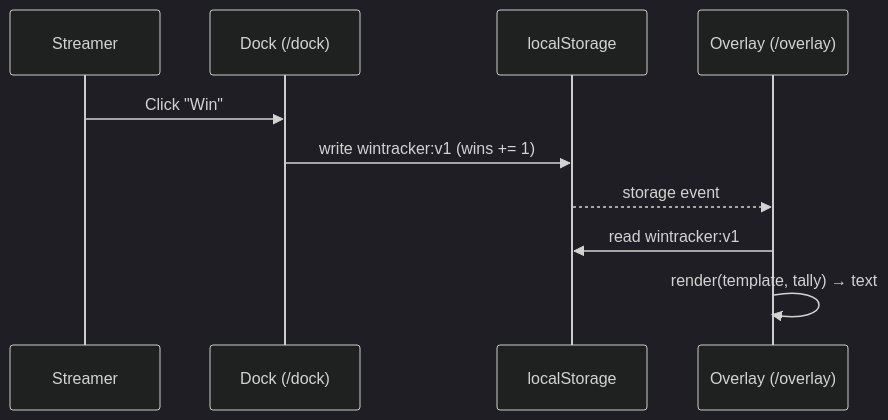
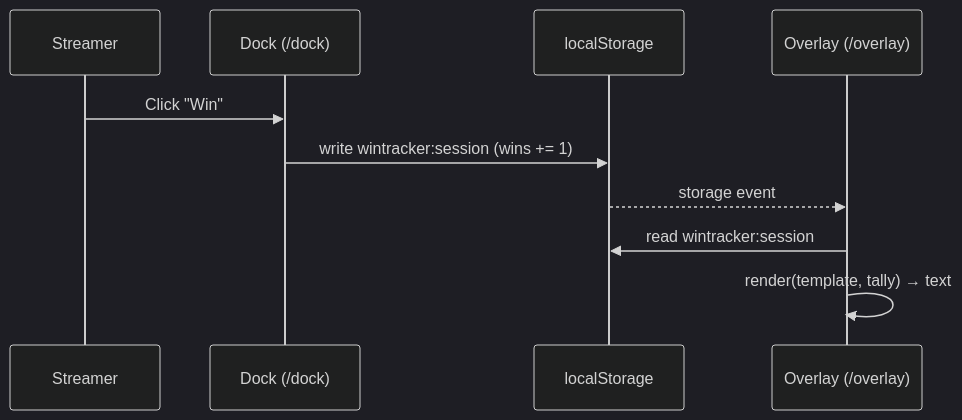
One commit to hk0i/streakingftw changed the second of 2 diagrams in docs/2026-08-21-EDD.md. Above: the diagram before and after it, drawn with Mermaid (dark theme). The commit also changed other lines of this file, not shown here.

````diff
--- a/docs/2026-08-21-EDD.md
+++ b/docs/2026-08-21-EDD.md
@@ -83,13 +102,13 @@
 ```mermaid
 sequenceDiagram
     participant S as Streamer
     participant D as Dock (/dock)
     participant LS as localStorage
     participant O as Overlay (/overlay)
 
     S->>D: Click "Win"
-    D->>LS: write wintracker:v1 (wins += 1)
+    D->>LS: write wintracker:session (wins += 1)
     LS-->>O: storage event
-    O->>LS: read wintracker:v1
+    O->>LS: read wintracker:session
     O->>O: render(template, tally) → text
 ```
````
